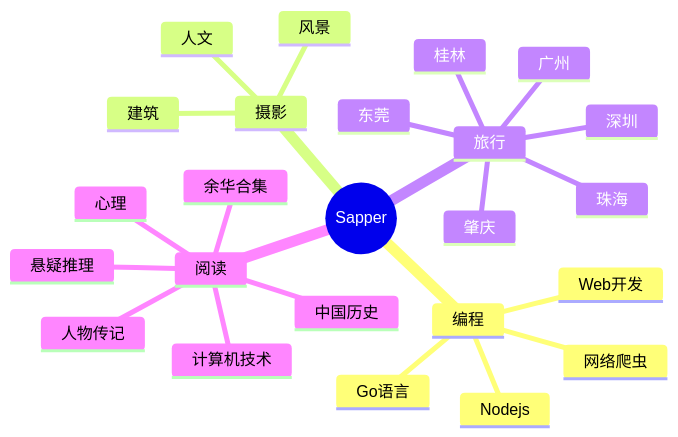
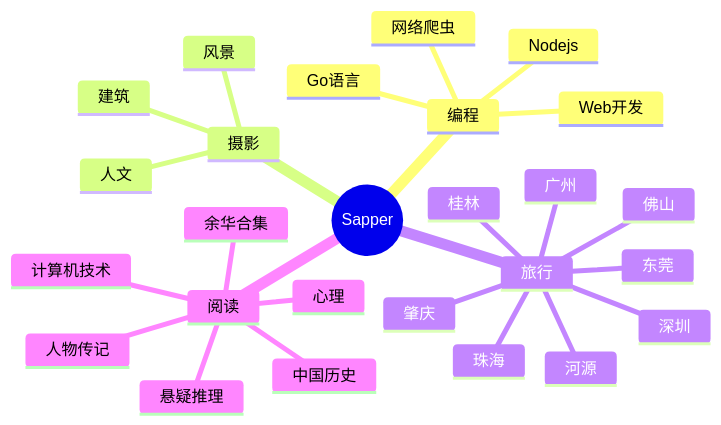
One commit to YeXingKe/YeXingKe changed the diagram in README.md. Above: the diagram before and after it, drawn with Mermaid.

````diff
--- a/README.md
+++ b/README.md
@@ -91,27 +91,29 @@
 ```mermaid
 mindmap
   root((Sapper))
     编程
       Web开发
       Nodejs
       网络爬虫
       Go语言
     摄影
       人文
       建筑
       风景
     旅行
       东莞
       深圳
       珠海
       肇庆
       广州
       桂林
+      河源
+      佛山
     阅读
       人物传记
       悬疑推理
       余华合集
       中国历史
       心理
       计算机技术
 ```
````
